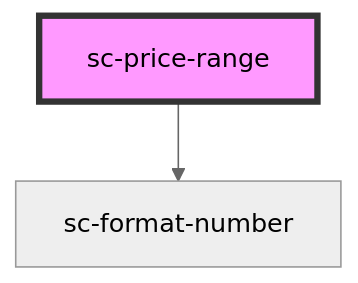
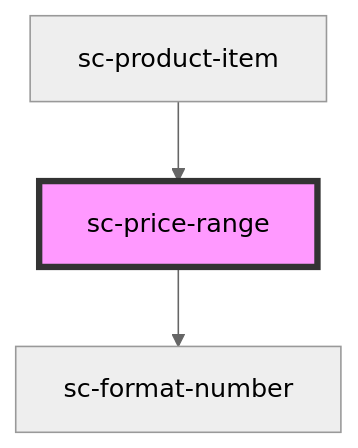
The diagram in packages/components/src/components/ui/sc-price-range/readme.md (surecart/surecart-wp-plugin), drawn with Mermaid (neutral theme) before and after one commit. The commit also changed other lines of this file and 26 other files, not shown here.

Commit message:
added price range and loader

````diff
--- a/packages/components/src/components/ui/sc-price-range/readme.md
+++ b/packages/components/src/components/ui/sc-price-range/readme.md
@@ -22,5 +26,6 @@
 ```mermaid
 graph TD;
   sc-price-range --> sc-format-number
+  sc-product-item --> sc-price-range
   style sc-price-range fill:#f9f,stroke:#333,stroke-width:4px
 ```
````
